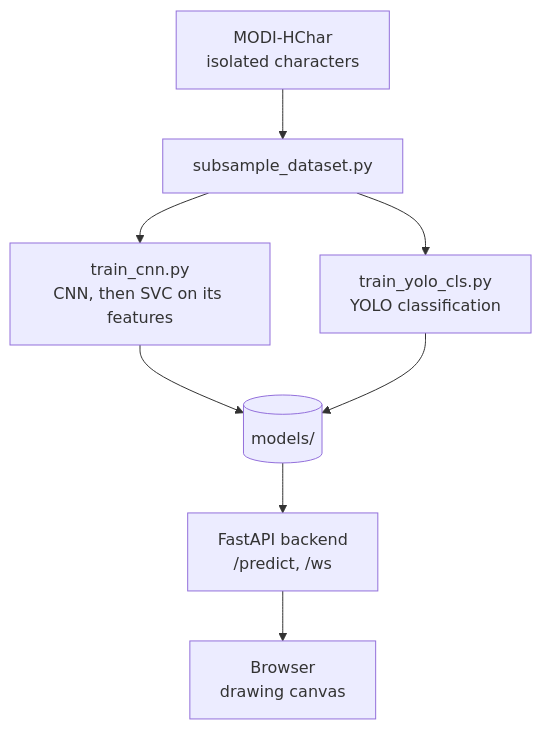
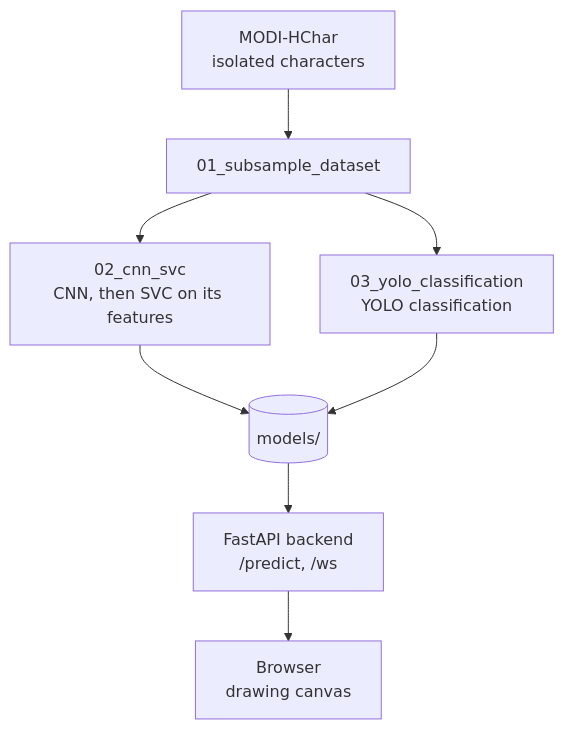
One commit to Gauri210/Akshar changed the diagram in docs/architecture.md. Above: the diagram before and after it, drawn with Mermaid. The commit also changed other lines of this file and 15 other files, not shown here.

First line of the commit message:
Move training to notebooks and simplify to CNN + SVC vs YOLO

````diff
--- a/docs/architecture.md
+++ b/docs/architecture.md
@@ -3,10 +3,10 @@
 ```mermaid
 flowchart TD
-    D[MODI-HChar<br/>isolated characters] --> S[subsample_dataset.py]
-    S --> C1[train_cnn.py<br/>CNN, then SVC on its features]
-    S --> Y1[train_yolo_cls.py<br/>YOLO classification]
+    D[MODI-HChar<br/>isolated characters] --> S[01_subsample_dataset]
+    S --> C1[02_cnn_svc<br/>CNN, then SVC on its features]
+    S --> Y1[03_yolo_classification<br/>YOLO classification]
     C1 --> M[(models/)]
     Y1 --> M
     M --> API[FastAPI backend<br/>/predict, /ws]
     API --> UI[Browser<br/>drawing canvas]
 ```
````
